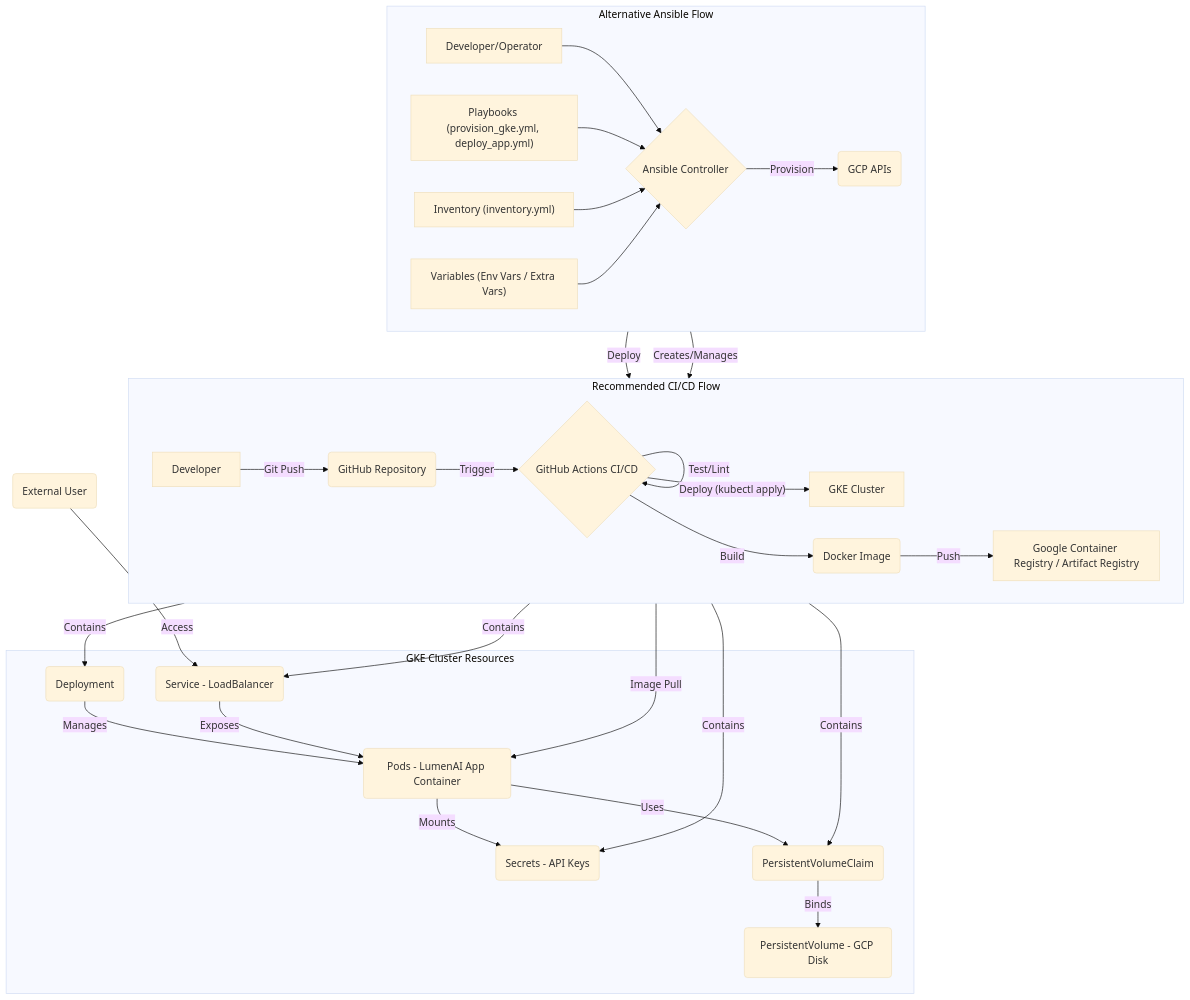
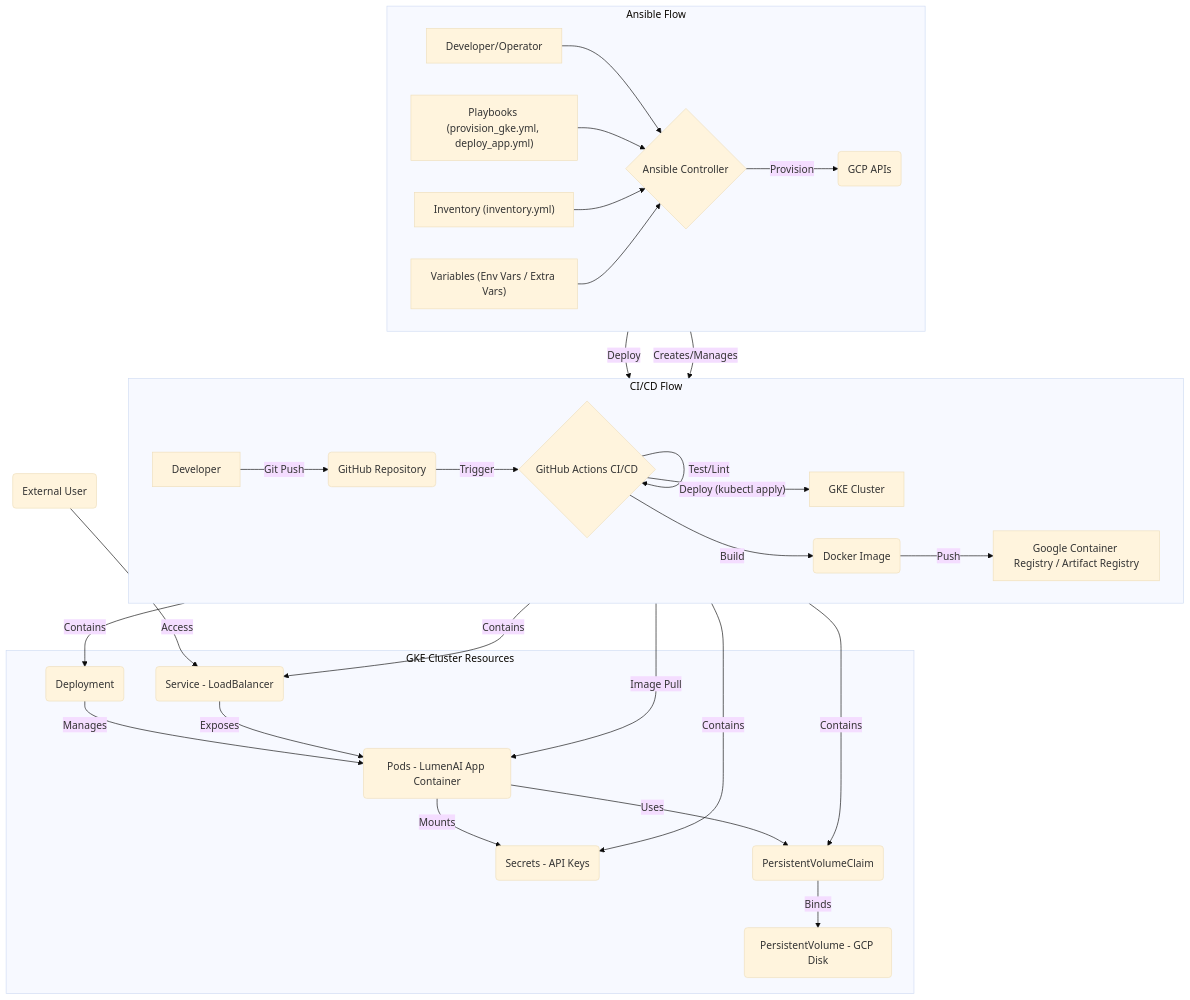
The second of 2 diagrams in README.md (mohamedskassem/E115_LumenAI), drawn with Mermaid (base theme) before and after one commit.

Commit message:
fix: Correct Mermaid syntax for multiple node texts

````diff
--- a/README.md
+++ b/README.md
@@ -233,40 +233,40 @@
 ```mermaid
 graph TD
-    subgraph Recommended CI/CD Flow
+    subgraph CI/CD Flow
         direction LR
         A[Developer] -- Git Push --> B(GitHub Repository);
         B -- Trigger --> C{GitHub Actions CI/CD};
         C -- Build --> D(Docker Image);
         C -- Test/Lint --> C;
         D -- Push --> E["Google Container Registry / Artifact Registry"];
         C -- Deploy (kubectl apply) --> F[GKE Cluster];
     end
 
-    subgraph Alternative Ansible Flow
+    subgraph Ansible Flow
         direction LR
         AA["Developer/Operator"] --> BB{Ansible Controller};
         CC["Playbooks (provision_gke.yml, deploy_app.yml)"] --> BB;
         DD["Inventory (inventory.yml)"] --> BB;
         EE["Variables (Env Vars / Extra Vars)"] --> BB;
         BB -- Provision --> FF(GCP APIs);
         BB -- Deploy --> F;
     end
 
     subgraph GKE Cluster Resources
         G(Deployment) -- Manages --> H(Pods - LumenAI App Container);
         I(Service - LoadBalancer) -- Exposes --> H;
         H -- Mounts --> J(Secrets - API Keys);
         H -- Uses --> K(PersistentVolumeClaim);
         K -- Binds --> L(PersistentVolume - GCP Disk);
     end
 
     F -- Contains --> G;
     F -- Contains --> I;
     F -- Contains --> J;
     F -- Contains --> K;
 
     M(External User) -- Access --> I;
     E -- Image Pull --> H;
     FF -- Creates/Manages --> F;
 
 ```
````
